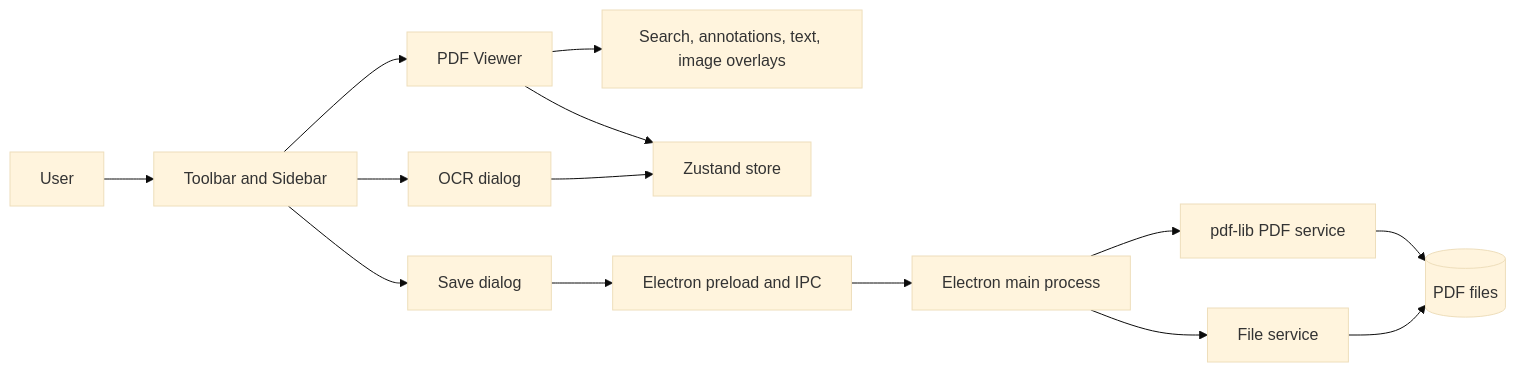
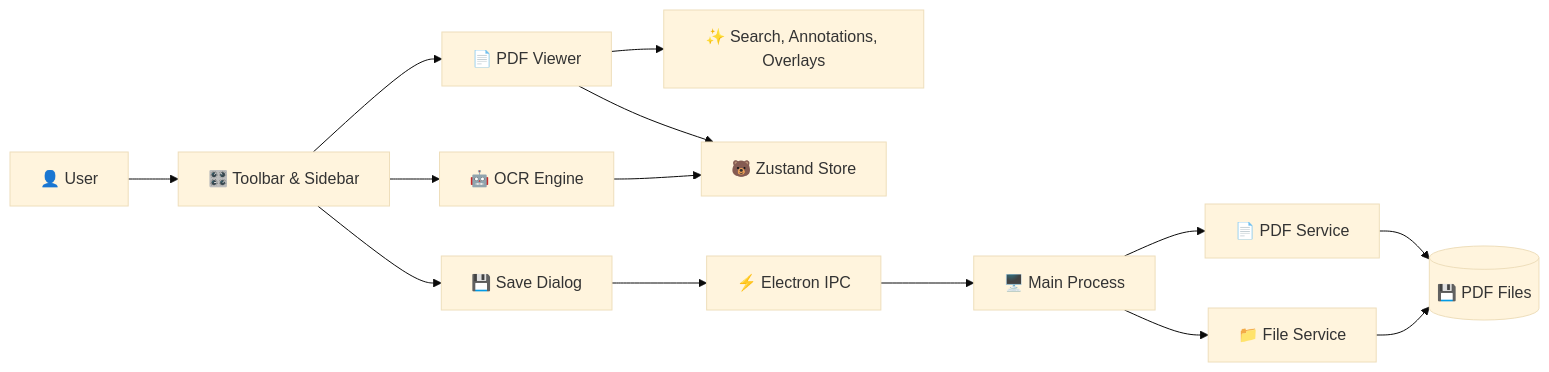
One commit to jana1998/portable-document-formatter changed the diagram in README.md. Above: the diagram before and after it, drawn with Mermaid (base theme). The commit also changed other lines of this file and 10 other files, not shown here.

````diff
--- a/README.md
+++ b/README.md
@@ -5,16 +161,16 @@
 ```mermaid
 flowchart LR
-    User[User] --> Toolbar[Toolbar and Sidebar]
-    Toolbar --> Viewer[PDF Viewer]
-    Viewer --> Overlays[Search, annotations, text, image overlays]
-    Toolbar --> OCR[OCR dialog]
-    Toolbar --> Save[Save dialog]
-    Viewer --> Store[Zustand store]
+    User[👤 User] --> Toolbar[🎛️ Toolbar & Sidebar]
+    Toolbar --> Viewer[📄 PDF Viewer]
+    Viewer --> Overlays[✨ Search, Annotations, Overlays]
+    Toolbar --> OCR[🤖 OCR Engine]
+    Toolbar --> Save[💾 Save Dialog]
+    Viewer --> Store[🐻 Zustand Store]
     OCR --> Store
-    Save --> IPC[Electron preload and IPC]
-    IPC --> Main[Electron main process]
-    Main --> PDFService[pdf-lib PDF service]
-    Main --> FileService[File service]
-    PDFService --> Files[(PDF files)]
+    Save --> IPC[⚡ Electron IPC]
+    IPC --> Main[🖥️ Main Process]
+    Main --> PDFService[📄 PDF Service]
+    Main --> FileService[📁 File Service]
+    PDFService --> Files[(💾 PDF Files)]
     FileService --> Files
 ```
````
